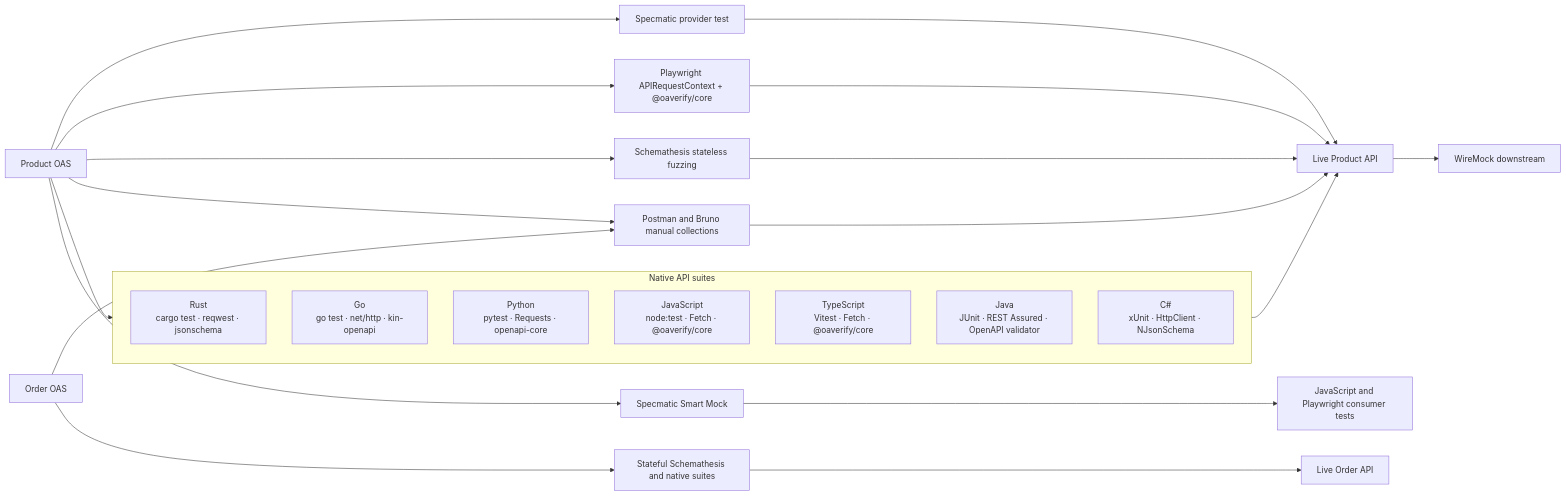
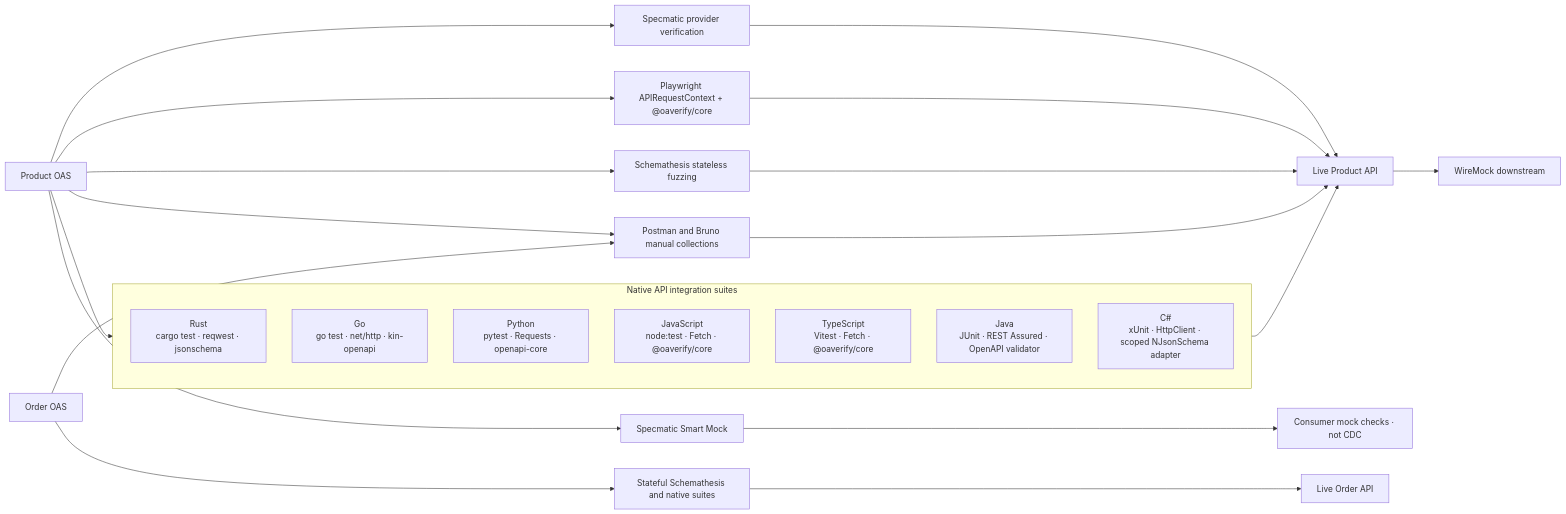
The first of 2 diagrams in README.md (shoman2020/oas-polycontract), drawn with Mermaid before and after one commit. The commit also changed other lines of this file and 13 other files, not shown here.

````diff
--- a/README.md
+++ b/README.md
@@ -21,29 +21,29 @@
 ```mermaid
 flowchart LR
-  ProductOAS[Product OAS] --> ProviderTest[Specmatic provider test]
+  ProductOAS[Product OAS] --> ProviderTest[Specmatic provider verification]
   ProviderTest --> ProductAPI[Live Product API]
   ProductOAS --> SmartMock[Specmatic Smart Mock]
-  SmartMock --> ConsumerTests[JavaScript and Playwright consumer tests]
+  SmartMock --> ConsumerTests[Consumer mock checks · not CDC]
   ProductOAS --> NativeSuites
-  subgraph NativeSuites["Native API suites"]
+  subgraph NativeSuites["Native API integration suites"]
     direction TB
     RustSuite["Rust<br/>cargo test · reqwest · jsonschema"]
     GoSuite["Go<br/>go test · net/http · kin-openapi"]
     PythonSuite["Python<br/>pytest · Requests · openapi-core"]
     JavaScriptSuite["JavaScript<br/>node:test · Fetch · @oaverify/core"]
     TypeScriptSuite["TypeScript<br/>Vitest · Fetch · @oaverify/core"]
     JavaSuite["Java<br/>JUnit · REST Assured · OpenAPI validator"]
-    CSharpSuite["C#<br/>xUnit · HttpClient · NJsonSchema"]
+    CSharpSuite["C#<br/>xUnit · HttpClient · scoped NJsonSchema adapter"]
   end
   NativeSuites --> ProductAPI
   ProductOAS --> Playwright[Playwright APIRequestContext + @oaverify/core]
   Playwright --> ProductAPI
   ProductOAS --> ProductFuzzing[Schemathesis stateless fuzzing]
   ProductFuzzing --> ProductAPI
   OrderOAS[Order OAS] --> StatefulTests[Stateful Schemathesis and native suites]
   StatefulTests --> OrderAPI[Live Order API]
   ProductAPI --> WireMock[WireMock downstream]
   ProductOAS --> Collections[Postman and Bruno manual collections]
   Collections --> ProductAPI
   OrderOAS --> Collections
 ```
````
